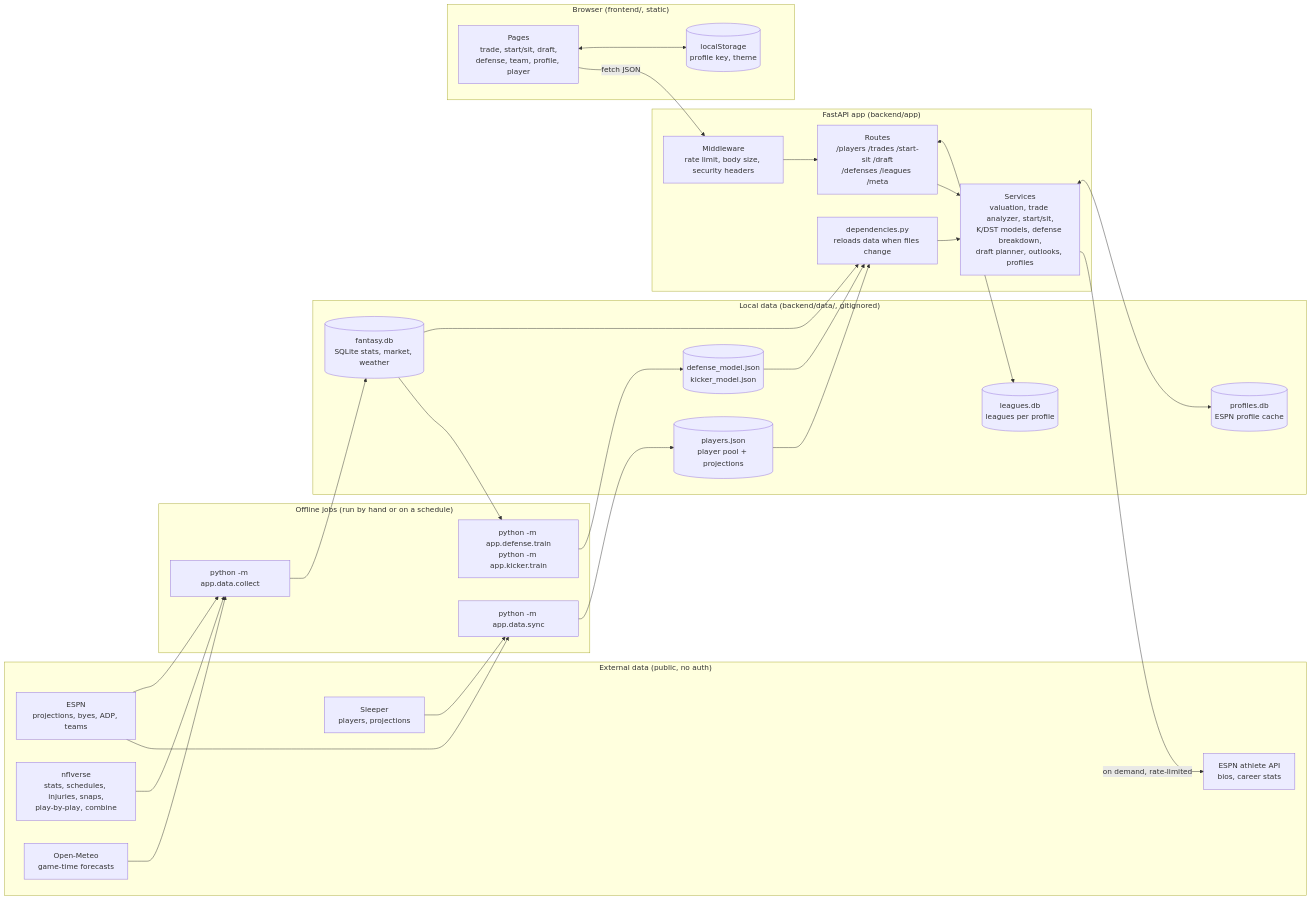
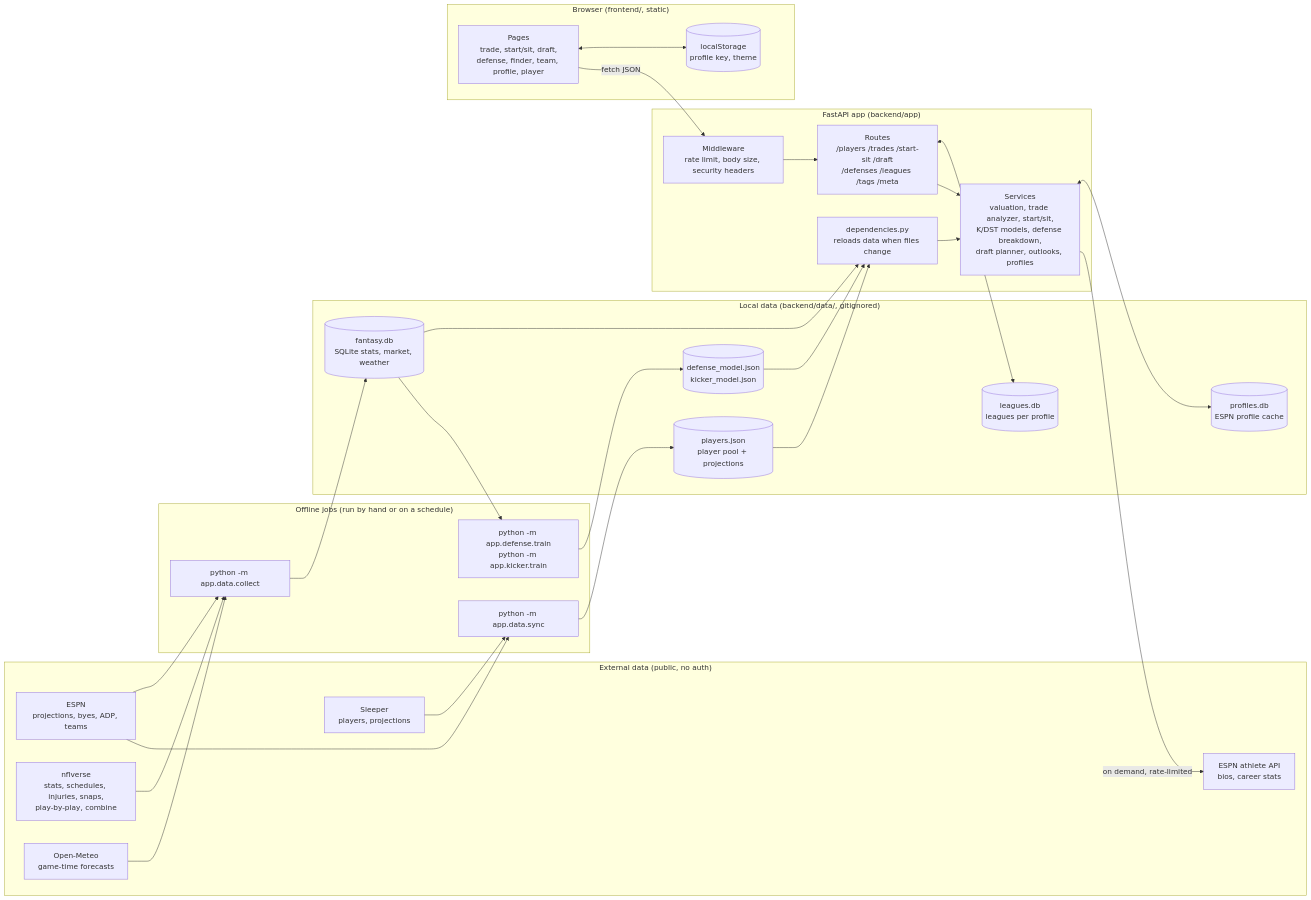
The diagram in README.md (Cory585/Fantasy-Cheat-Code), drawn with Mermaid before and after one commit. The commit also changed other lines of this file and 1 other file, not shown here.

Commit message:
Document player tags, the finder, and per-player usage data

````diff
--- a/README.md
+++ b/README.md
@@ -18,59 +19,59 @@
 ```mermaid
 flowchart LR
     subgraph sources["External data (public, no auth)"]
         sleeper["Sleeper<br/>players, projections"]
         espn["ESPN<br/>projections, byes, ADP, teams"]
         nflverse["nflverse<br/>stats, schedules, injuries, snaps,<br/>play-by-play, combine"]
         meteo["Open-Meteo<br/>game-time forecasts"]
         espnAth["ESPN athlete API<br/>bios, career stats"]
     end
 
     subgraph jobs["Offline jobs (run by hand or on a schedule)"]
         sync["python -m app.data.sync"]
         collect["python -m app.data.collect"]
         train["python -m app.defense.train<br/>python -m app.kicker.train"]
     end
 
     subgraph store["Local data (backend/data/, gitignored)"]
         cache[("players.json<br/>player pool + projections")]
         db[("fantasy.db<br/>SQLite stats, market, weather")]
         models[("defense_model.json<br/>kicker_model.json")]
         profiles[("profiles.db<br/>ESPN profile cache")]
         leaguesdb[("leagues.db<br/>leagues per profile")]
     end
 
     subgraph api["FastAPI app (backend/app)"]
         mw["Middleware<br/>rate limit, body size, security headers"]
-        routes["Routes<br/>/players /trades /start-sit /draft<br/>/defenses /leagues /meta"]
+        routes["Routes<br/>/players /trades /start-sit /draft<br/>/defenses /leagues /tags /meta"]
         deps["dependencies.py<br/>reloads data when files change"]
         services["Services<br/>valuation, trade analyzer, start/sit,<br/>K/DST models, defense breakdown,<br/>draft planner, outlooks, profiles"]
     end
 
     subgraph web["Browser (frontend/, static)"]
-        pages["Pages<br/>trade, start/sit, draft,<br/>defense, team, profile, player"]
+        pages["Pages<br/>trade, start/sit, draft,<br/>defense, finder, team, profile, player"]
         ls[("localStorage<br/>profile key, theme")]
     end
 
     sleeper --> sync
     espn --> sync
     espn --> collect
     nflverse --> collect
     meteo --> collect
     sync --> cache
     collect --> db
     db --> train
     train --> models
 
     cache --> deps
     db --> deps
     models --> deps
     deps --> services
     routes --> services
     mw --> routes
     services -- "on demand, rate-limited" --> espnAth
     services <--> profiles
     routes <--> leaguesdb
 
     pages -- "fetch JSON" --> mw
     pages <--> ls
 ```
````
